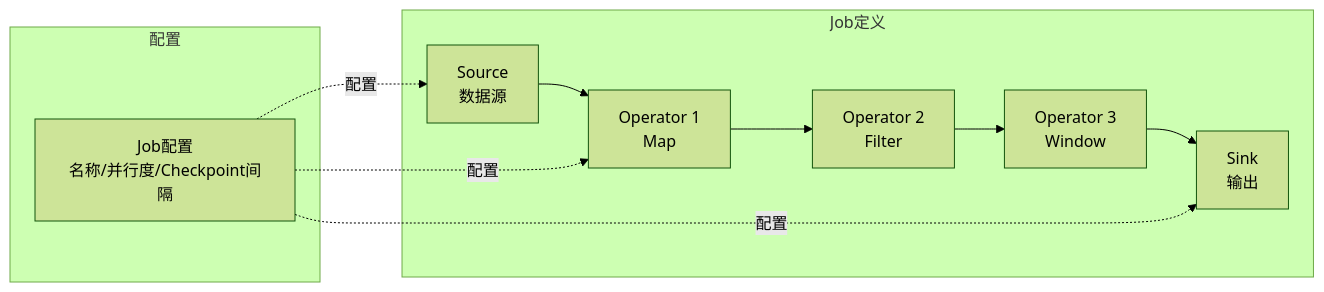
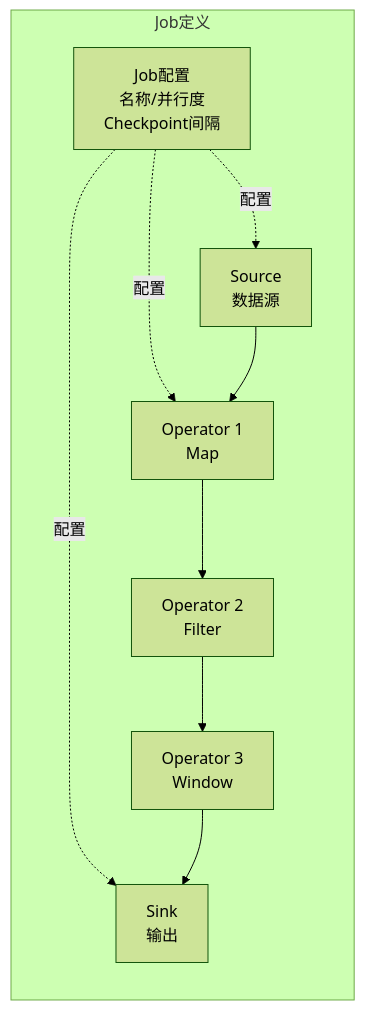
The ninth of 23 diagrams in pipeline-framework-design.md (312268112/advanced-java), drawn with Mermaid (forest theme) before and after one commit. The commit also changed other lines of this file, not shown here.

````diff
--- a/pipeline-framework-design.md
+++ b/pipeline-framework-design.md
@@ -1056,19 +501,17 @@
 ```mermaid
 graph LR
     subgraph "Job定义"
+        Config[Job配置<br/>名称/并行度<br/>Checkpoint间隔]
         Source[Source<br/>数据源]
         Op1[Operator 1<br/>Map]
         Op2[Operator 2<br/>Filter]
         Op3[Operator 3<br/>Window]
         Sink[Sink<br/>输出]
     end
     
-    subgraph "配置"
-        Config[Job配置<br/>名称/并行度/Checkpoint间隔]
-    end
-    
-    Source --> Op1 --> Op2 --> Op3 --> Sink
     Config -.配置.-> Source
     Config -.配置.-> Op1
     Config -.配置.-> Sink
+    
+    Source --> Op1 --> Op2 --> Op3 --> Sink
 ```
````
